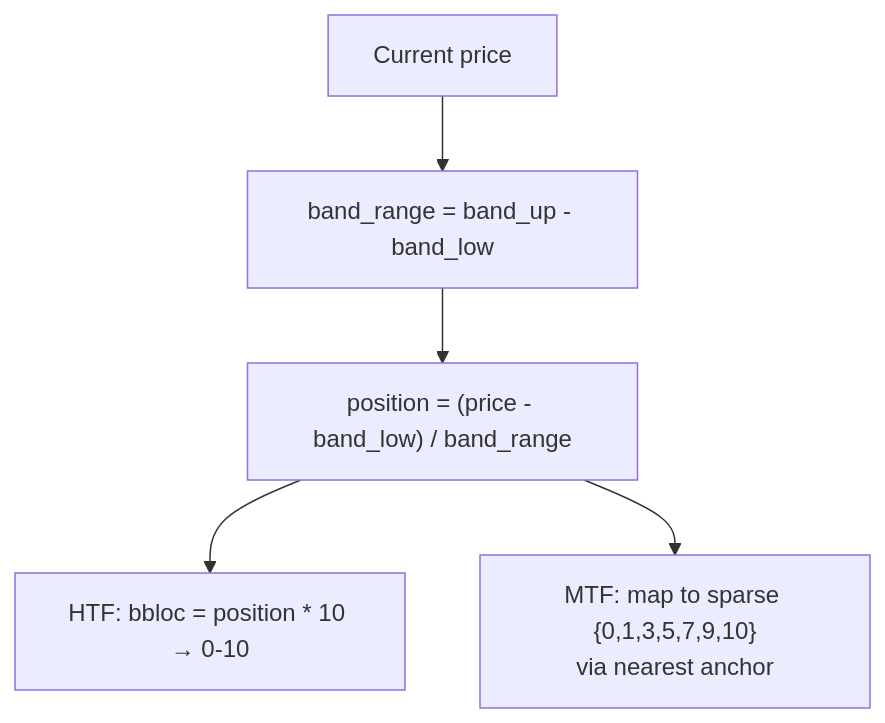
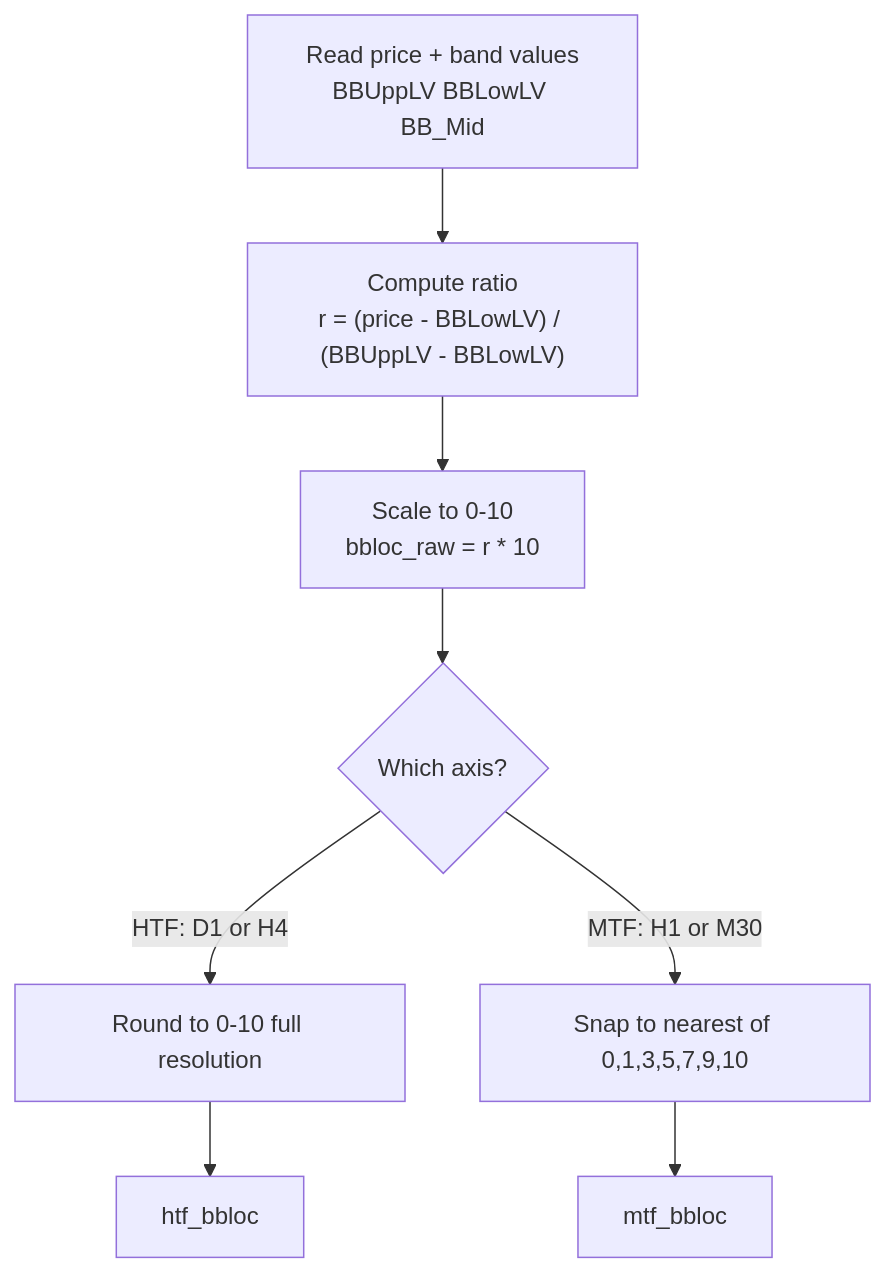
Before and after one commit to Terrypang89/BB_MTF_M15_STRATEGY: the fifth of 13 diagrams in references/DUALTF_ARCHITECTURE.md, drawn with Mermaid. The commit also changed other lines of this file, not shown here.

First line of the commit message:
Apply 5 design refinements to DUALTF_ARCHITECTURE.md

````diff
--- a/references/DUALTF_ARCHITECTURE.md
+++ b/references/DUALTF_ARCHITECTURE.md
@@ -198,7 +221,10 @@
 ```mermaid
 flowchart TD
-    Price["Current price"] --> BandRange["band_range = band_up - band_low"]
-    BandRange --> Position["position = (price - band_low) / band_range"]
-    Position --> HTFScale["HTF: bbloc = position * 10 → 0-10"]
-    Position --> MTFScale["MTF: map to sparse {0,1,3,5,7,9,10}\nvia nearest anchor"]
+    A["Read price + band values<br/>BBUppLV BBLowLV BB_Mid"] --> B["Compute ratio<br/>r = (price - BBLowLV) / (BBUppLV - BBLowLV)"]
+    B --> C["Scale to 0-10<br/>bbloc_raw = r * 10"]
+    C --> D{"Which axis?"}
+    D -->|"HTF: D1 or H4"| E["Round to 0-10 full resolution"]
+    D -->|"MTF: H1 or M30"| F["Snap to nearest of 0,1,3,5,7,9,10"]
+    E --> G["htf_bbloc"]
+    F --> H["mtf_bbloc"]
 ```
````
